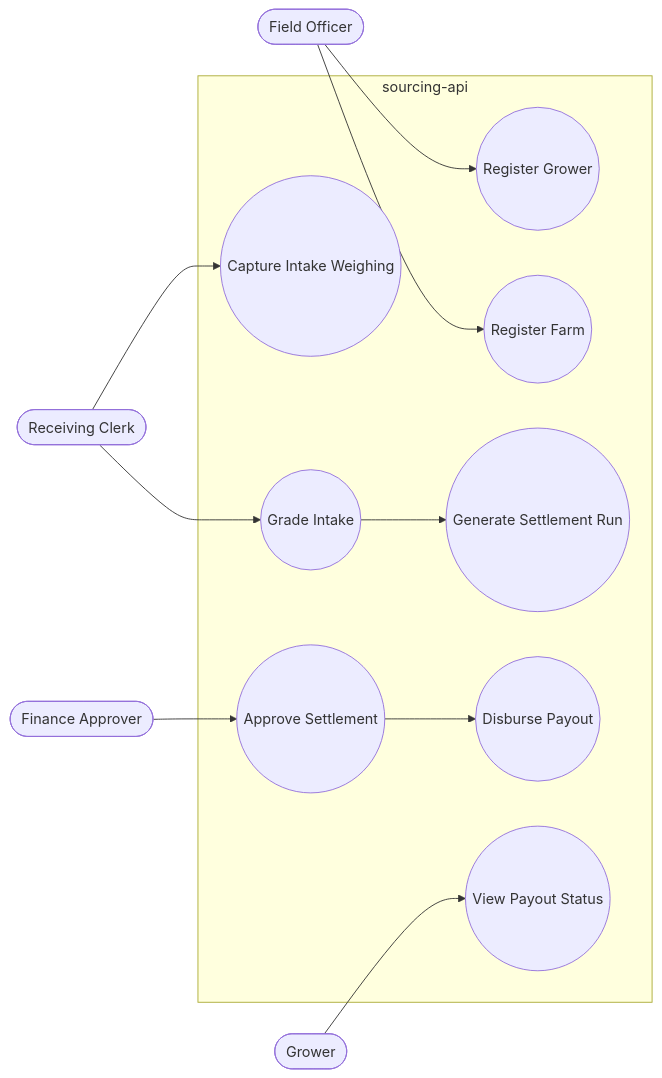
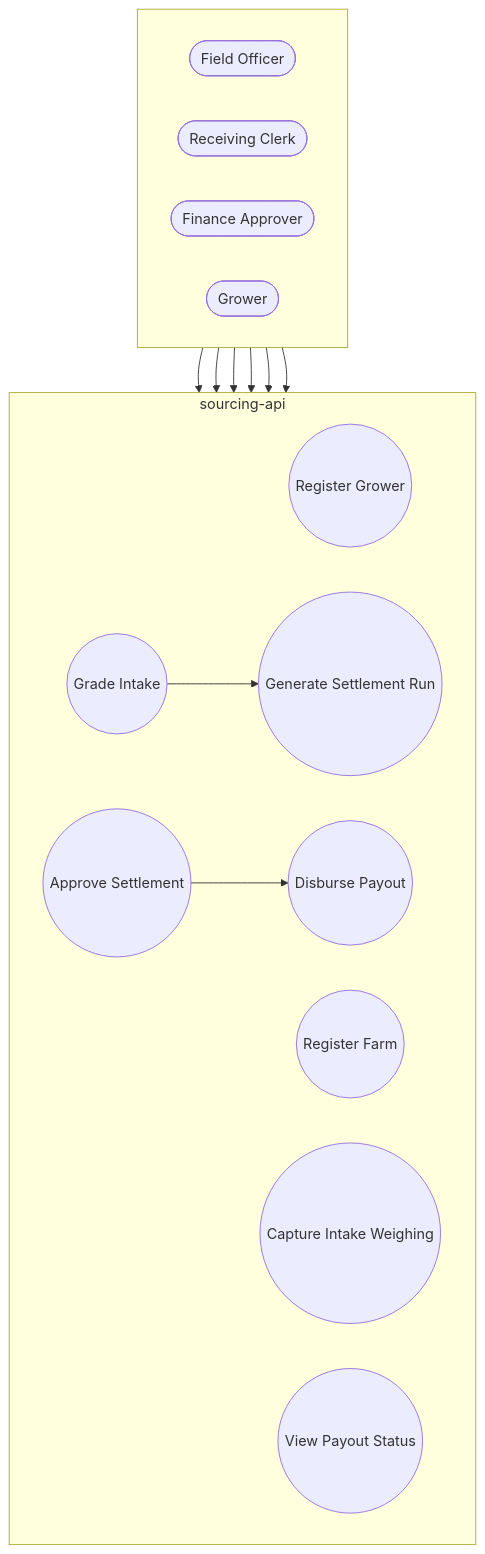
The fourth of 9 diagrams in processa-integration/architecture/processa-integration-architecture.md (Bengo-Hub/shared-docs), drawn with Mermaid before and after one commit. The commit also changed other lines of this file and 2 other files, not shown here.

````diff
--- a/processa-integration/architecture/processa-integration-architecture.md
+++ b/processa-integration/architecture/processa-integration-architecture.md
@@ -227,25 +227,29 @@
 ```mermaid
-flowchart LR
-    A1(["Field Officer"])
-    A2(["Receiving Clerk"])
-    A3(["Finance Approver"])
-    A4(["Grower"])
+flowchart TB
+    subgraph Actors1[" "]
+        direction LR
+        A1(["Field Officer"])
+        A2(["Receiving Clerk"])
+        A3(["Finance Approver"])
+        A4(["Grower"])
+    end
     subgraph UC1["sourcing-api"]
+        direction LR
         U1((Register Grower))
         U2((Register Farm))
         U3((Capture Intake Weighing))
         U4((Grade Intake))
         U5((Generate Settlement Run))
         U6((Approve Settlement))
         U7((Disburse Payout))
         U8((View Payout Status))
     end
     A1 --> U1
     A1 --> U2
     A2 --> U3
     A2 --> U4
     U4 --> U5
     A3 --> U6
     U6 --> U7
     A4 --> U8
 ```
````
